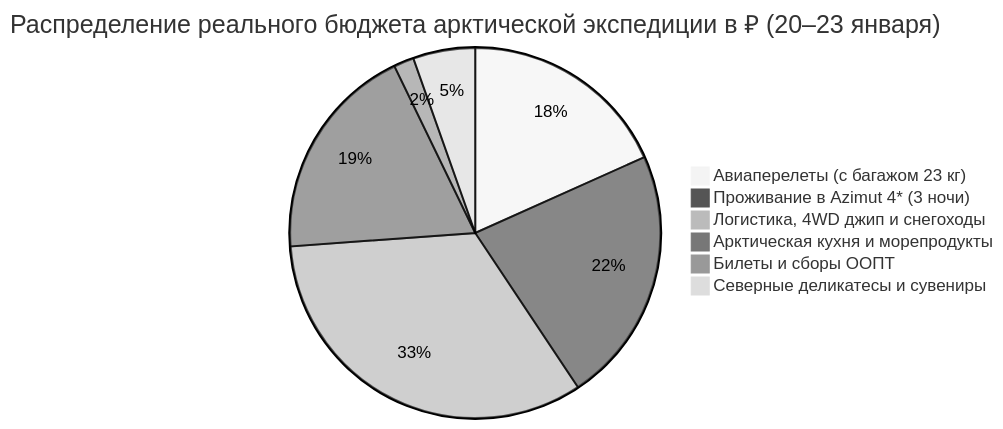
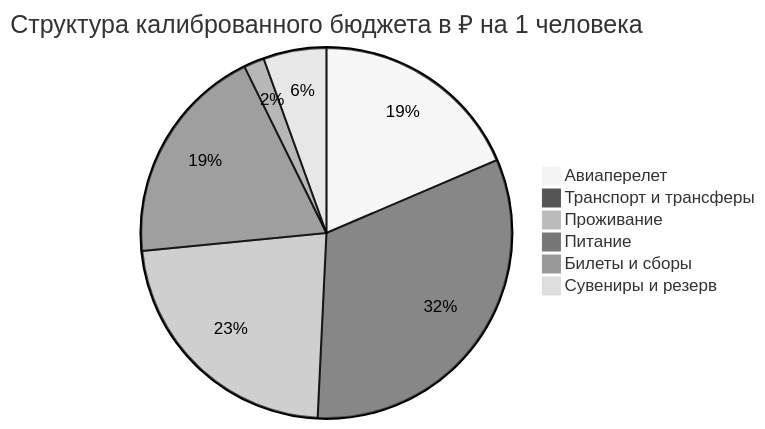
One commit to injurka/obsidian-mark changed the diagram in Personal Note/Travel/-- Murmansk/04 - Финансы/Финансы.md. Above: the diagram before and after it, drawn with Mermaid (neutral theme). The commit also changed other lines of this file and 6 other files, not shown here.

````diff
--- a/Personal Note/Travel/-- Murmansk/04 - Финансы/Финансы.md
+++ b/Personal Note/Travel/-- Murmansk/04 - Финансы/Финансы.md
@@ -11,9 +11,9 @@
 ```mermaid
-pie title Распределение реального бюджета арктической экспедиции в ₽ (20–23 января)
-    "Авиаперелеты (с багажом 23 кг)" : 13500
-    "Проживание в Azimut 4* (3 ночи)" : 16500
-    "Логистика, 4WD джип и снегоходы" : 24500
-    "Арктическая кухня и морепродукты" : 14000
-    "Билеты и сборы ООПТ" : 1300
-    "Северные деликатесы и сувениры" : 4000
+pie title Структура калиброванного бюджета в ₽ на 1 человека
+    "Авиаперелет" : 13500
+    "Транспорт и трансферы" : 23400
+    "Проживание" : 16500
+    "Питание" : 14000
+    "Билеты и сборы" : 1300
+    "Сувениры и резерв" : 4000
 ```
````
